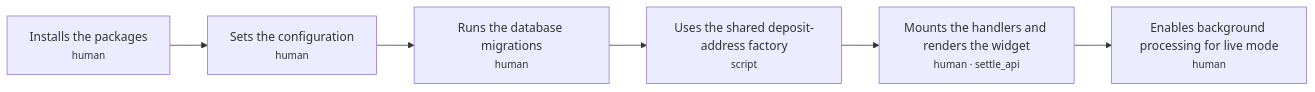
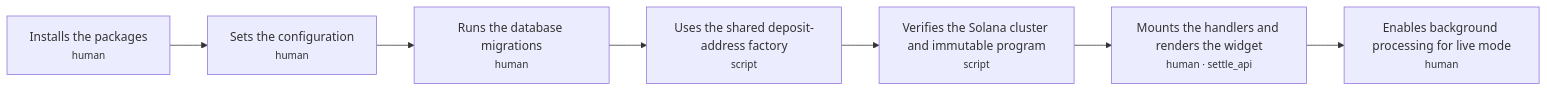
Before and after one commit to hivinaynair/settle-kit: the first of 15 diagrams in docs/journeys/settle-kit.md, drawn with Mermaid. The commit also changed other lines of this file and 29 other files, not shown here.

````diff
--- a/docs/journeys/settle-kit.md
+++ b/docs/journeys/settle-kit.md
@@ -41,14 +41,16 @@
 ```mermaid
 flowchart LR
   J1_S1["Installs the packages<br/><small>human</small>"]
   J1_S2["Sets the configuration<br/><small>human</small>"]
   J1_S3["Runs the database migrations<br/><small>human</small>"]
   J1_S4["Uses the shared deposit-address factory<br/><small>script</small>"]
+  J1_S4a["Verifies the Solana cluster and immutable program<br/><small>script</small>"]
   J1_S5["Mounts the handlers and renders the widget<br/><small>human · settle_api</small>"]
   J1_S5a["Enables background processing for live mode<br/><small>human</small>"]
   J1_S1 --> J1_S2
   J1_S2 --> J1_S3
   J1_S3 --> J1_S4
-  J1_S4 --> J1_S5
+  J1_S4 --> J1_S4a
+  J1_S4a --> J1_S5
   J1_S5 --> J1_S5a
 ```
````
